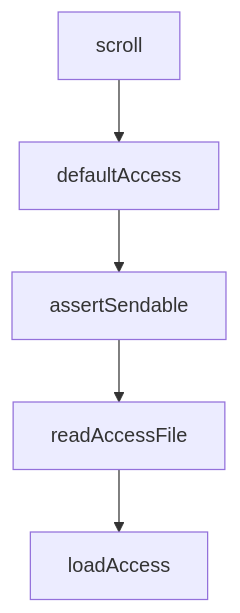
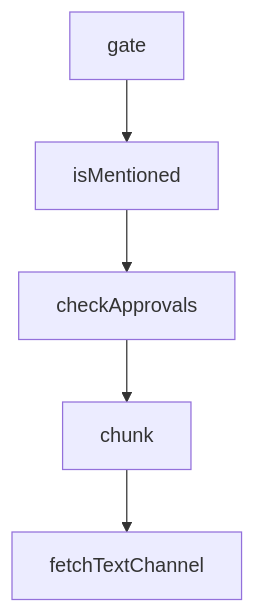
Before and after one commit to johnxie/awesome-code-docs: the diagram in tutorials/claude-plugins-official-tutorial/02-directory-architecture-and-marketplace-model.md, drawn with Mermaid. The commit also changed other lines of this file and 1232 other files, not shown here.

````diff
--- a/tutorials/claude-plugins-official-tutorial/02-directory-architecture-and-marketplace-model.md
+++ b/tutorials/claude-plugins-official-tutorial/02-directory-architecture-and-marketplace-model.md
@@ -215,12 +217,12 @@
 ```mermaid
 flowchart TD
-    A[scroll]
-    B[defaultAccess]
-    C[assertSendable]
-    D[readAccessFile]
-    E[loadAccess]
+    A[gate]
+    B[isMentioned]
+    C[checkApprovals]
+    D[chunk]
+    E[fetchTextChannel]
     A --> B
     B --> C
     C --> D
     D --> E
 ```
````
